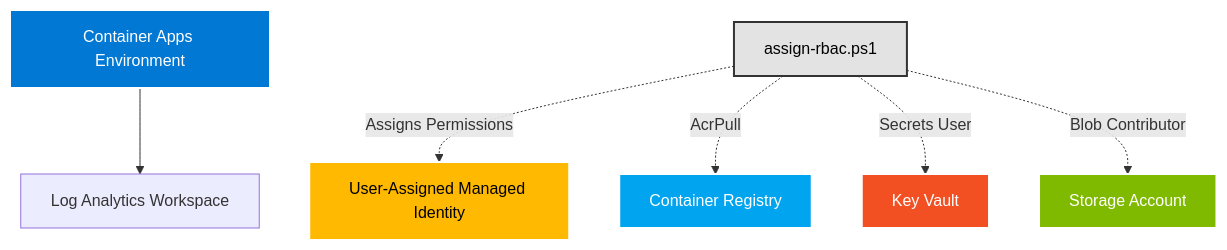
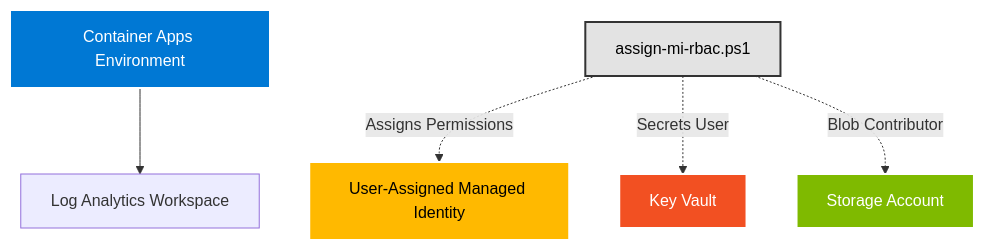
One commit to seekdavidlee/eklee-keyvault changed the diagram in Deployment/README.md. Above: the diagram before and after it, drawn with Mermaid. The commit also changed other lines of this file and 10 other files, not shown here.

````diff
--- a/Deployment/README.md
+++ b/Deployment/README.md
@@ -20,19 +20,16 @@
 ```mermaid
 graph TB
     A[Container Apps Environment] --> F[Log Analytics Workspace]
     B[User-Assigned Managed Identity] 
     C[Key Vault]
     D[Storage Account]
-    E[Container Registry]
-    G[assign-rbac.ps1] -.Assigns Permissions.-> B
-    G -.AcrPull.-> E
+    G[assign-mi-rbac.ps1] -.Assigns Permissions.-> B
     G -.Secrets User.-> C
     G -.Blob Contributor.-> D
     
     style A fill:#0078d4,stroke:#fff,stroke-width:2px,color:#fff
     style B fill:#ffb900,stroke:#fff,stroke-width:2px,color:#000
     style C fill:#f25022,stroke:#fff,stroke-width:2px,color:#fff
     style D fill:#7fba00,stroke:#fff,stroke-width:2px,color:#fff
-    style E fill:#00a4ef,stroke:#fff,stroke-width:2px,color:#fff
     style G fill:#e3e3e3,stroke:#333,stroke-width:2px,color:#000
 ```
````
